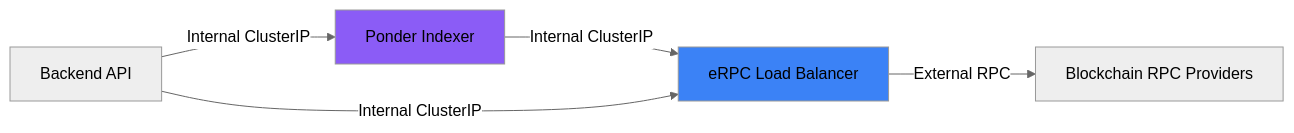
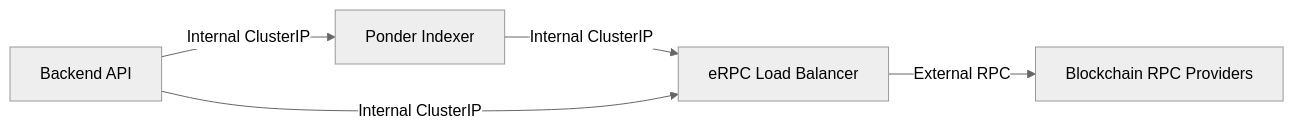
The fourth of 4 diagrams in src/content/articles/frak/frak-infrastructure-iac.md (KONFeature/KONFeature.github.io), drawn with Mermaid (neutral theme) before and after one commit. The commit also changed other lines of this file and 11 other files, not shown here.

````diff
--- a/src/content/articles/frak/frak-infrastructure-iac.md
+++ b/src/content/articles/frak/frak-infrastructure-iac.md
@@ -618,10 +618,7 @@
 ```mermaid
 graph LR
     Ponder[Ponder Indexer] -->|Internal ClusterIP| eRPC[eRPC Load Balancer]
     Backend[Backend API] -->|Internal ClusterIP| Ponder
     Backend -->|Internal ClusterIP| eRPC
     eRPC -->|External RPC| Chains[Blockchain RPC Providers]
-    
-    style Ponder fill:#8B5CF6
-    style eRPC fill:#3B82F6
 ```
````
